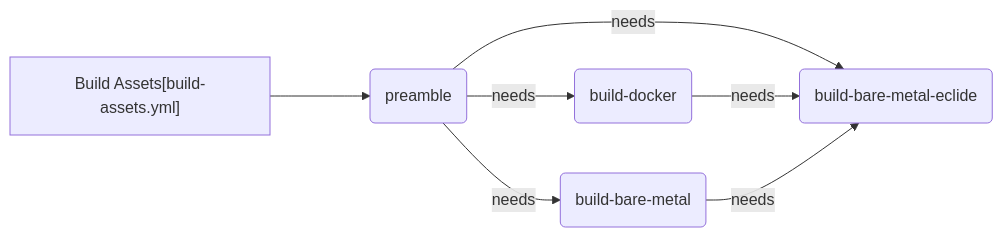
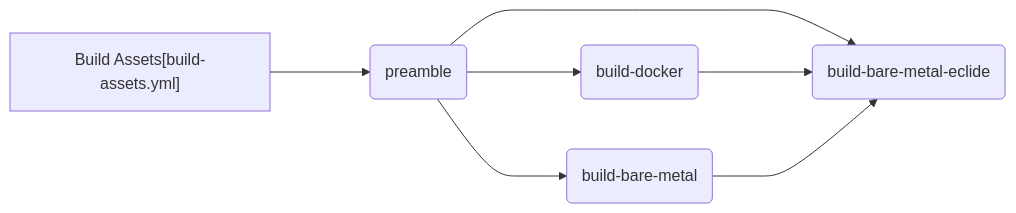
One commit to hpcc-systems/HPCC-Platform changed the first of 27 diagrams in .github/workflows/ActionFlow.md. Above: the diagram before and after it, drawn with Mermaid. The commit also changed other lines of this file, not shown here.

Commit message:
Remove uses and needs path-labels

````diff
--- a/.github/workflows/ActionFlow.md
+++ b/.github/workflows/ActionFlow.md
@@ -3,12 +3,12 @@
 ```mermaid
 
 flowchart LR
 
   BUILD_ASSETS["Build Assets[build-assets.yml]"] ---> preamble(preamble)
-  preamble(preamble) --needs--> build-docker(build-docker)
-  preamble(preamble) --needs--> build-bare-metal(build-bare-metal)
-  preamble(preamble) --needs--> build-bare-metal-eclide(build-bare-metal-eclide)
-  build-docker(build-docker) --needs--> build-bare-metal-eclide(build-bare-metal-eclide)
-  build-bare-metal(build-bare-metal) --needs--> build-bare-metal-eclide(build-bare-metal-eclide)
+  preamble(preamble) ---> build-docker(build-docker)
+  preamble(preamble) ---> build-bare-metal(build-bare-metal)
+  preamble(preamble) ---> build-bare-metal-eclide(build-bare-metal-eclide)
+  build-docker(build-docker) ---> build-bare-metal-eclide(build-bare-metal-eclide)
+  build-bare-metal(build-bare-metal) ---> build-bare-metal-eclide(build-bare-metal-eclide)
 
 ```
````
